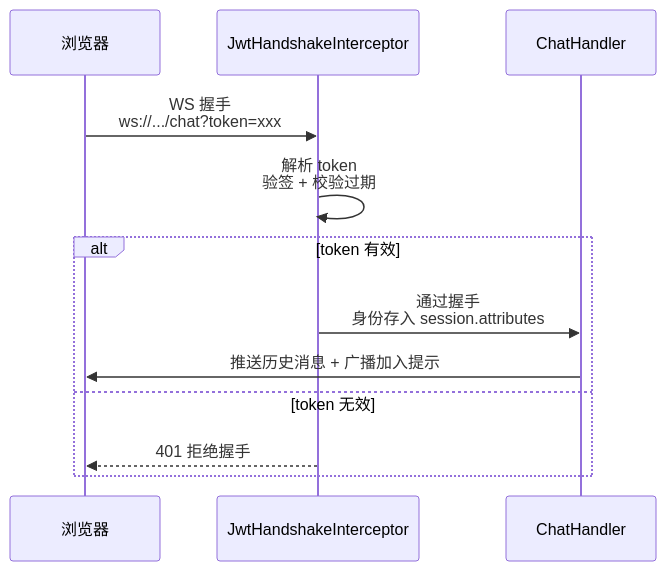
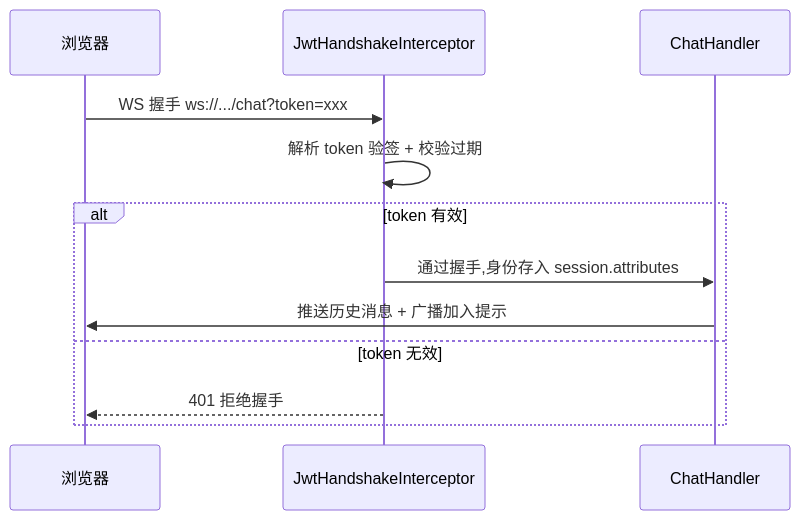
Before and after one commit to yuting1234567/my-online-chat: the second of 2 diagrams in README.md, drawn with Mermaid. The commit also changed other lines of this file, not shown here.

Commit message:
feat: 修改 README
AI: none

Description:
-

````diff
--- a/README.md
+++ b/README.md
@@ -79,16 +79,16 @@
 ```mermaid
 sequenceDiagram
     participant B as 浏览器
     participant I as JwtHandshakeInterceptor
     participant H as ChatHandler
 
-    B->>I: WS 握手<br/>ws://.../chat?token=xxx
-    I->>I: 解析 token<br/>验签 + 校验过期
+    B->>I: WS 握手 ws://.../chat?token=xxx
+    I->>I: 解析 token 验签 + 校验过期
     
     alt token 有效
-        I->>H: 通过握手<br/>身份存入 session.attributes
+        I->>H: 通过握手,身份存入 session.attributes
         H->>B: 推送历史消息 + 广播加入提示
     else token 无效
         I-->>B: 401 拒绝握手
     end
 ```
````
